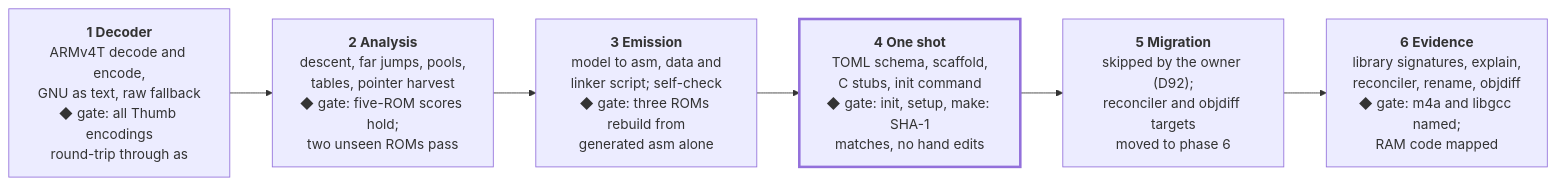
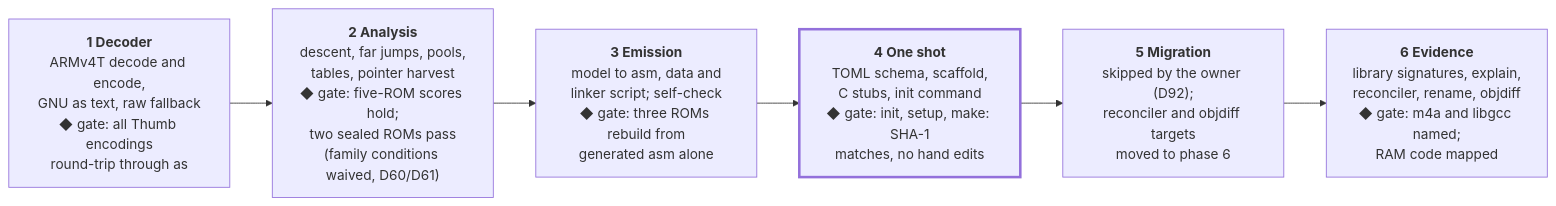
The third of 3 diagrams in docs/plan.md (macabeus/romlift), drawn with Mermaid before and after one commit. The commit also changed other lines of this file and 7 other files, not shown here.

````diff
--- a/docs/plan.md
+++ b/docs/plan.md
@@ -474,11 +484,11 @@
 ```mermaid
 flowchart LR
   p1["<b>1 Decoder</b><br/>ARMv4T decode and encode,<br/>GNU as text, raw fallback<br/>◆ gate: all Thumb encodings<br/>round-trip through as"]
-  p2["<b>2 Analysis</b><br/>descent, far jumps, pools,<br/>tables, pointer harvest<br/>◆ gate: five-ROM scores hold;<br/>two unseen ROMs pass"]
+  p2["<b>2 Analysis</b><br/>descent, far jumps, pools,<br/>tables, pointer harvest<br/>◆ gate: five-ROM scores hold;<br/>two sealed ROMs pass<br/>(family conditions waived, D60/D61)"]
   p3["<b>3 Emission</b><br/>model to asm, data and<br/>linker script; self-check<br/>◆ gate: three ROMs rebuild from<br/>generated asm alone"]
   p4["<b>4 One shot</b><br/>TOML schema, scaffold,<br/>C stubs, init command<br/>◆ gate: init, setup, make: SHA-1<br/>matches, no hand edits"]
   p5["<b>5 Migration</b><br/>skipped by the owner (D92);<br/>reconciler and objdiff targets<br/>moved to phase 6"]
   p6["<b>6 Evidence</b><br/>library signatures, explain,<br/>reconciler, rename, objdiff<br/>◆ gate: m4a and libgcc named;<br/>RAM code mapped"]
   p1 --> p2 --> p3 --> p4 --> p5 --> p6
   style p4 stroke-width:3px
 ```
````
